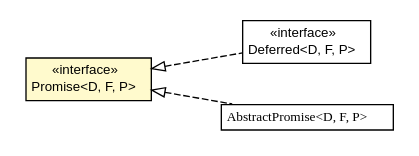
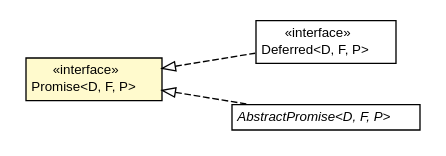
The diagram in javadoc/apidocs/org/turbogwt/core/future/shared/Promise.dot (growbit/turbogwt-core), drawn with Graphviz before and after one commit. The commit also changed 235 other files, not shown here.

```diff
--- a/javadoc/apidocs/org/turbogwt/core/future/shared/Promise.dot
+++ b/javadoc/apidocs/org/turbogwt/core/future/shared/Promise.dot
@@ -1,37 +1,37 @@
 #!/usr/local/bin/dot
 #
 # Class diagram 
 # Generated by UMLGraph version R5_6-24-gf6e263 (http://www.umlgraph.org/)
 #
 
 digraph G {
-	edge [fontname="arial",fontsize=10,labelfontname="arial",labelfontsize=10];
-	node [fontname="arial",fontsize=10,shape=plaintext];
+	edge [fontname="Helvetica",fontsize=10,labelfontname="Helvetica",labelfontsize=10];
+	node [fontname="Helvetica",fontsize=10,shape=plaintext];
 	nodesep=0.25;
 	ranksep=0.5;
 	rankdir=LR;
+	// org.turbogwt.core.future.shared.Deferred<D, F, P>
+	c1128 [label=<<table title="org.turbogwt.core.future.shared.Deferred" border="0" cellborder="1" cellspacing="0" cellpadding="2" port="p" href="./Deferred.html">
+		<tr><td><table border="0" cellspacing="0" cellpadding="1">
+<tr><td align="center" balign="center"> &#171;interface&#187; </td></tr>
+<tr><td align="center" balign="center"> Deferred&lt;D, F, P&gt; </td></tr>
+		</table></td></tr>
+		</table>>, URL="./Deferred.html", fontname="Helvetica", fontcolor="black", fontsize=10.0];
 	// org.turbogwt.core.future.shared.Promise<D, F, P>
-	c1059 [label=<<table title="org.turbogwt.core.future.shared.Promise" border="0" cellborder="1" cellspacing="0" cellpadding="2" port="p" bgcolor="lemonChiffon" href="./Promise.html">
+	c1129 [label=<<table title="org.turbogwt.core.future.shared.Promise" border="0" cellborder="1" cellspacing="0" cellpadding="2" port="p" bgcolor="lemonChiffon" href="./Promise.html">
 		<tr><td><table border="0" cellspacing="0" cellpadding="1">
 <tr><td align="center" balign="center"> &#171;interface&#187; </td></tr>
 <tr><td align="center" balign="center"> Promise&lt;D, F, P&gt; </td></tr>
 		</table></td></tr>
-		</table>>, URL="./Promise.html", fontname="arial", fontcolor="black", fontsize=10.0];
-	// org.turbogwt.core.future.shared.Deferred<D, F, P>
-	c1064 [label=<<table title="org.turbogwt.core.future.shared.Deferred" border="0" cellborder="1" cellspacing="0" cellpadding="2" port="p" href="./Deferred.html">
+		</table>>, URL="./Promise.html", fontname="Helvetica", fontcolor="black", fontsize=10.0];
+	// org.turbogwt.core.future.shared.impl.AbstractPromise<D, F, P>
+	c1133 [label=<<table title="org.turbogwt.core.future.shared.impl.AbstractPromise" border="0" cellborder="1" cellspacing="0" cellpadding="2" port="p" href="./impl/AbstractPromise.html">
 		<tr><td><table border="0" cellspacing="0" cellpadding="1">
-<tr><td align="center" balign="center"> &#171;interface&#187; </td></tr>
-<tr><td align="center" balign="center"> Deferred&lt;D, F, P&gt; </td></tr>
+<tr><td align="center" balign="center"><font face="Helvetica-Oblique"> AbstractPromise&lt;D, F, P&gt; </font></td></tr>
 		</table></td></tr>
-		</table>>, URL="./Deferred.html", fontname="arial", fontcolor="black", fontsize=10.0];
-	// org.turbogwt.core.future.shared.impl.AbstractPromise<D, F, P>
-	c1067 [label=<<table title="org.turbogwt.core.future.shared.impl.AbstractPromise" border="0" cellborder="1" cellspacing="0" cellpadding="2" port="p" href="./impl/AbstractPromise.html">
-		<tr><td><table border="0" cellspacing="0" cellpadding="1">
-<tr><td align="center" balign="center"><font face="arial italic"> AbstractPromise&lt;D, F, P&gt; </font></td></tr>
-		</table></td></tr>
-		</table>>, URL="./impl/AbstractPromise.html", fontname="arial", fontcolor="black", fontsize=10.0];
+		</table>>, URL="./impl/AbstractPromise.html", fontname="Helvetica", fontcolor="black", fontsize=10.0];
 	//org.turbogwt.core.future.shared.Deferred<D, F, P> implements org.turbogwt.core.future.shared.Promise<D, F, P>
-	c1059:p -> c1064:p [dir=back,arrowtail=empty,style=dashed];
+	c1129:p -> c1128:p [dir=back,arrowtail=empty,style=dashed];
 	//org.turbogwt.core.future.shared.impl.AbstractPromise<D, F, P> implements org.turbogwt.core.future.shared.Promise<D, F, P>
-	c1059:p -> c1067:p [dir=back,arrowtail=empty,style=dashed];
+	c1129:p -> c1133:p [dir=back,arrowtail=empty,style=dashed];
 }
```
